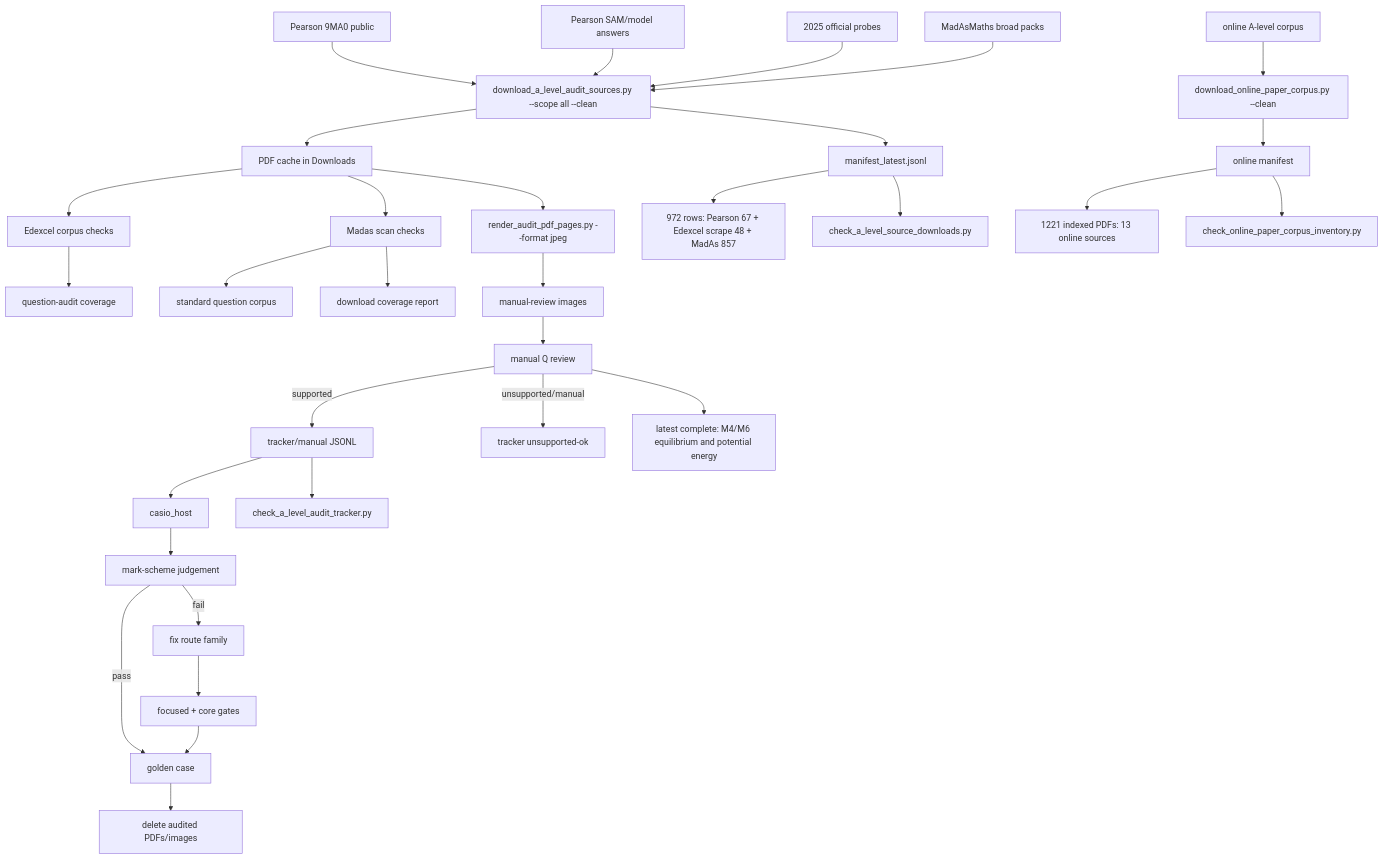
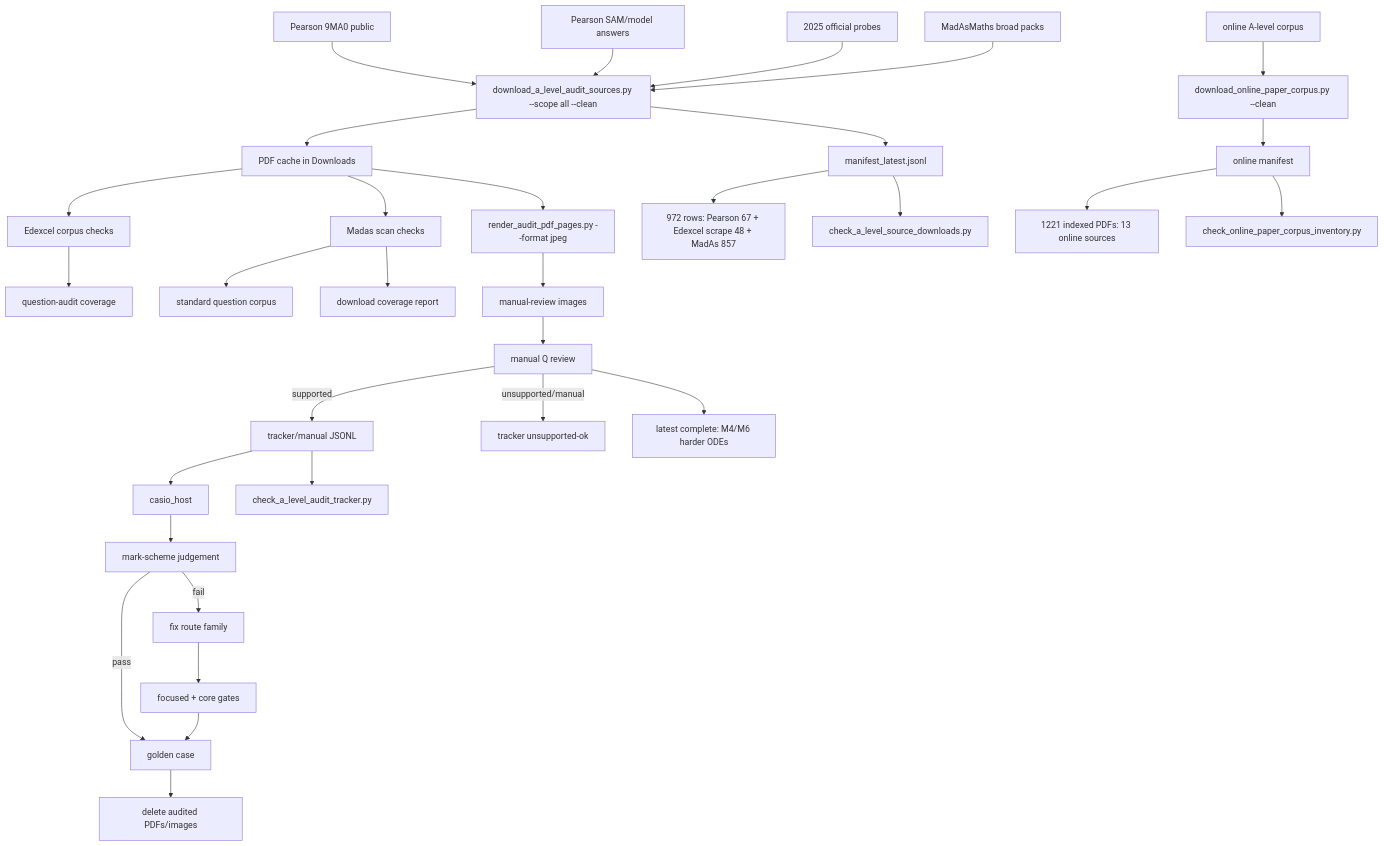
One commit to james8464/notes-addin-casio-fx-cg50 changed the diagram in c++/tools/golden/a_level_audit_graph.md. Above: the diagram before and after it, drawn with Mermaid. The commit also changed other lines of this file and 2 other files, not shown here.

Commit message:
Audit M4 M6 harder ODEs booklet

````diff
--- a/c++/tools/golden/a_level_audit_graph.md
+++ b/c++/tools/golden/a_level_audit_graph.md
@@ -3,34 +3,34 @@
 ```mermaid
 graph TD
   E1["Pearson 9MA0 public"] --> D["download_a_level_audit_sources.py --scope all --clean"]
   E2["Pearson SAM/model answers"] --> D
   E3["2025 official probes"] --> D
   M1["MadAsMaths broad packs"] --> D
   O1["online A-level corpus"] --> OD["download_online_paper_corpus.py --clean"]
   D --> P["PDF cache in Downloads"]
   D --> X["manifest_latest.jsonl"]
   OD --> OX["online manifest"]
   X --> XC["972 rows: Pearson 67 + Edexcel scrape 48 + MadAs 857"]
   OX --> OC["1221 indexed PDFs: 13 online sources"]
   X --> V["check_a_level_source_downloads.py"]
   OX --> OV["check_online_paper_corpus_inventory.py"]
   P --> E["Edexcel corpus checks"]
   E --> EQ["question-audit coverage"]
   P --> S["Madas scan checks"]
   S --> M["standard question corpus"]
   S --> MC["download coverage report"]
   P --> R["render_audit_pdf_pages.py --format jpeg"]
   R --> I["manual-review images"]
   I --> Q["manual Q review"]
   Q -->|supported| J["tracker/manual JSONL"]
   Q -->|unsupported/manual| U["tracker unsupported-ok"]
   J --> H["casio_host"]
   J --> K["check_a_level_audit_tracker.py"]
   H --> C["mark-scheme judgement"]
   C -->|pass| G["golden case"]
   C -->|fail| F["fix route family"]
   F --> T["focused + core gates"]
   T --> G
   G --> Z["delete audited PDFs/images"]
-  Q --> Qt["latest complete: M4/M6 equilibrium and potential energy"]
+  Q --> Qt["latest complete: M4/M6 harder ODEs"]
 ```
````
